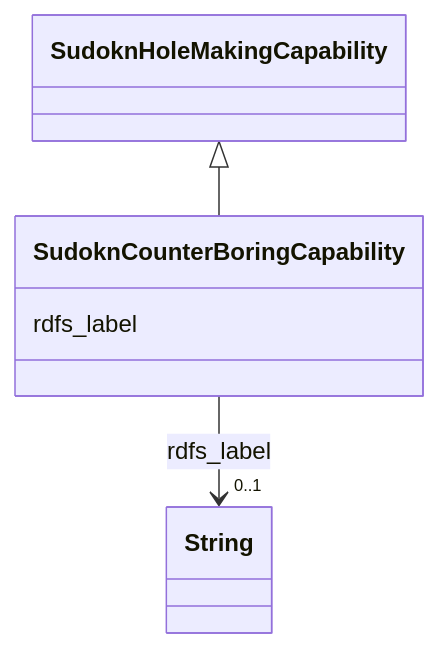
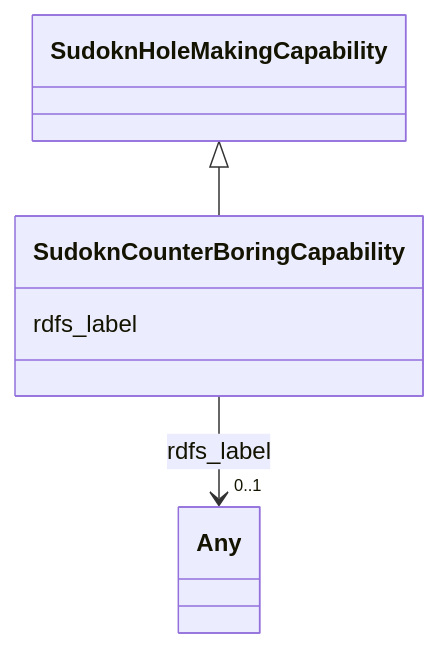
The diagram in sudokn-kg/classes/SudoknCounterBoringCapability.md (frink-okn/graph-descriptions), drawn with Mermaid before and after one commit. The commit also changed other lines of this file and 903 other files, not shown here.

````diff
--- a/sudokn-kg/classes/SudoknCounterBoringCapability.md
+++ b/sudokn-kg/classes/SudoknCounterBoringCapability.md
@@ -23,18 +16,18 @@
 ```mermaid
  classDiagram
     class SudoknCounterBoringCapability
     click SudoknCounterBoringCapability href "../SudoknCounterBoringCapability"
       SudoknHoleMakingCapability <|-- SudoknCounterBoringCapability
         click SudoknHoleMakingCapability href "../SudoknHoleMakingCapability"
       
       SudoknCounterBoringCapability : rdfs_label
         
           
     
     
-    SudoknCounterBoringCapability --> "0..1" String : rdfs_label
-    click String href "../String"
+    SudoknCounterBoringCapability --> "0..1" Any : rdfs_label
+    click Any href "../Any"
 
         
       
 ```
````
